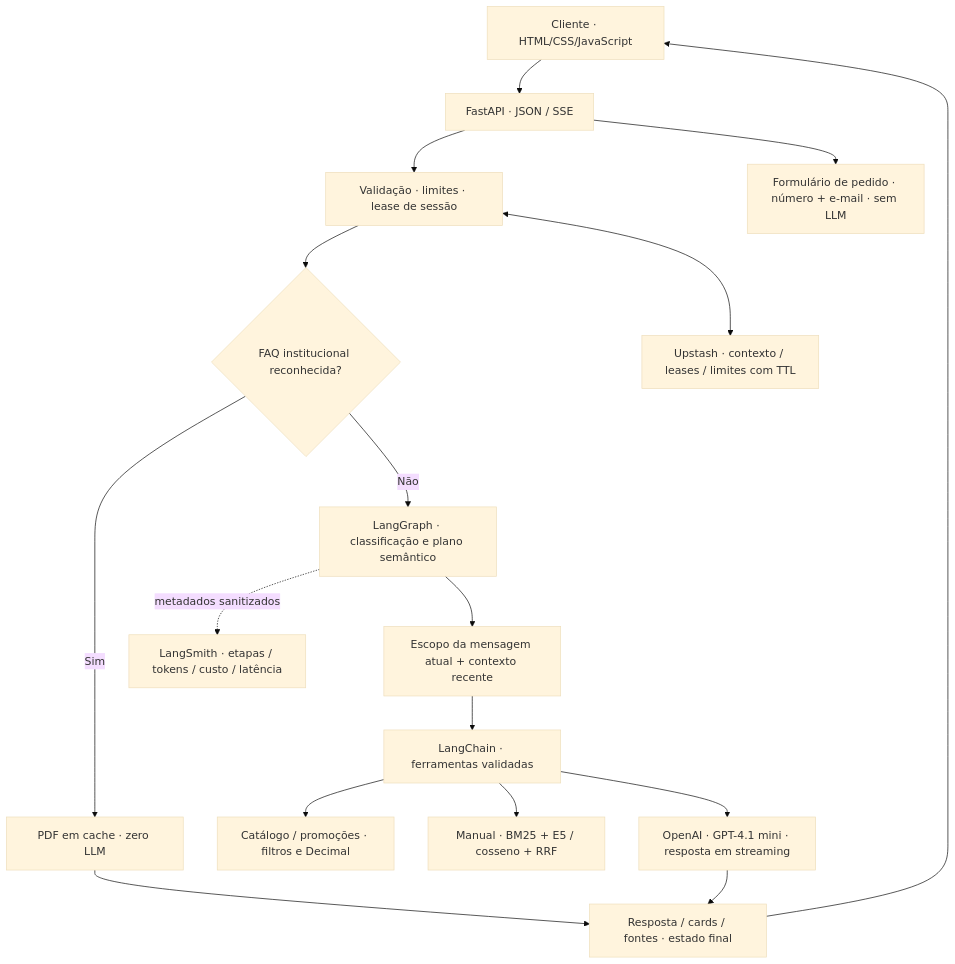
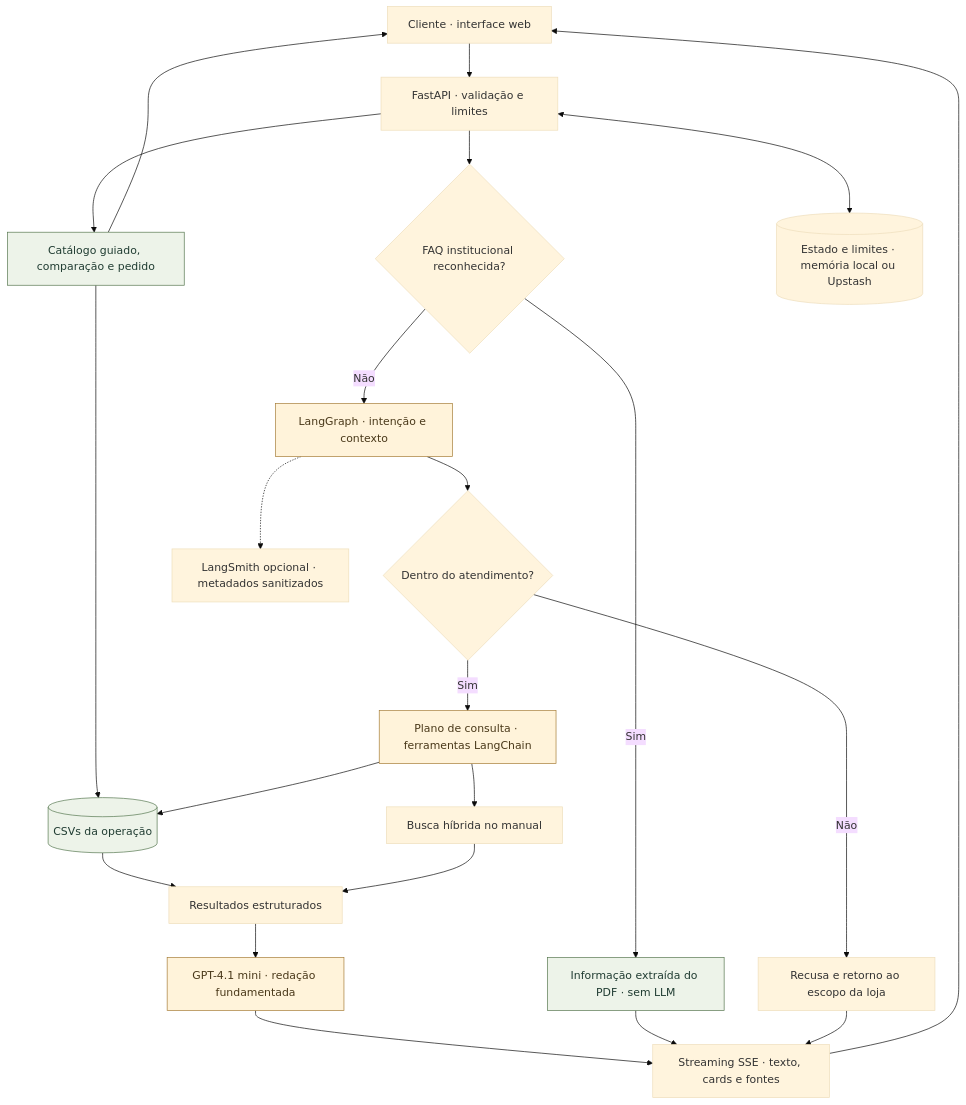
The first of 3 diagrams in README.md (marco-kraemer/ai_eng_challenge), drawn with Mermaid (base theme) before and after one commit. The commit also changed other lines of this file and 2 other files, not shown here.

Commit message:
docs: polish setup and architecture with real multi-turn examples

````diff
--- a/README.md
+++ b/README.md
@@ -51,19 +95,28 @@
 ```mermaid
-flowchart TD
-    UI[Cliente · HTML/CSS/JavaScript] --> API[FastAPI · JSON / SSE]
-    API --> Guards[Validação · limites · lease de sessão]
-    Guards --> FAQ{FAQ institucional reconhecida?}
-    FAQ -- Sim --> Direct[PDF em cache · zero LLM]
-    FAQ -- Não --> Route[LangGraph · classificação e plano semântico]
-    Route --> Scope[Escopo da mensagem atual + contexto recente]
-    Scope --> Tools[LangChain · ferramentas validadas]
-    Tools --> CSV[Catálogo / promoções · filtros e Decimal]
-    Tools --> RAG[Manual · BM25 + E5 / cosseno + RRF]
-    Tools --> LLM[OpenAI · GPT-4.1 mini · resposta em streaming]
-    Direct --> Final[Resposta / cards / fontes · estado final]
-    LLM --> Final
-    Final --> UI
-    Guards <--> Redis[Upstash · contexto / leases / limites com TTL]
-    Route -. metadados sanitizados .-> Smith[LangSmith · etapas / tokens / custo / latência]
-    API --> Order[Formulário de pedido · número + e-mail · sem LLM]
+flowchart TB
+    UI["Cliente · interface web"] --> API["FastAPI · validação e limites"]
+    API --> Guided["Catálogo guiado, comparação e pedido"]
+    API --> FAQ{"FAQ institucional reconhecida?"}
+    Guided --> CSV[("CSVs da operação")]
+    FAQ -->|Sim| PDFCache["Informação extraída do PDF · sem LLM"]
+    FAQ -->|Não| Graph["LangGraph · intenção e contexto"]
+    Graph --> Scope{"Dentro do atendimento?"}
+    Scope -->|Não| Refuse["Recusa e retorno ao escopo da loja"]
+    Scope -->|Sim| Plan["Plano de consulta · ferramentas LangChain"]
+    Plan --> CSV
+    Plan --> RAG["Busca híbrida no manual"]
+    CSV --> Evidence["Resultados estruturados"]
+    RAG --> Evidence
+    Evidence --> Answer["GPT-4.1 mini · redação fundamentada"]
+    Answer --> SSE["Streaming SSE · texto, cards e fontes"]
+    PDFCache --> SSE
+    Refuse --> SSE
+    Guided --> UI
+    SSE --> UI
+    API <--> State[("Estado e limites · memória local ou Upstash")]
+    Graph -.-> Trace["LangSmith opcional · metadados sanitizados"]
+    classDef direct fill:#edf3e9,stroke:#55764e,color:#203c32;
+    classDef model fill:#fff3da,stroke:#a47b35,color:#493819;
+    class Guided,CSV,PDFCache direct;
+    class Graph,Plan,Answer model;
 ```
````
